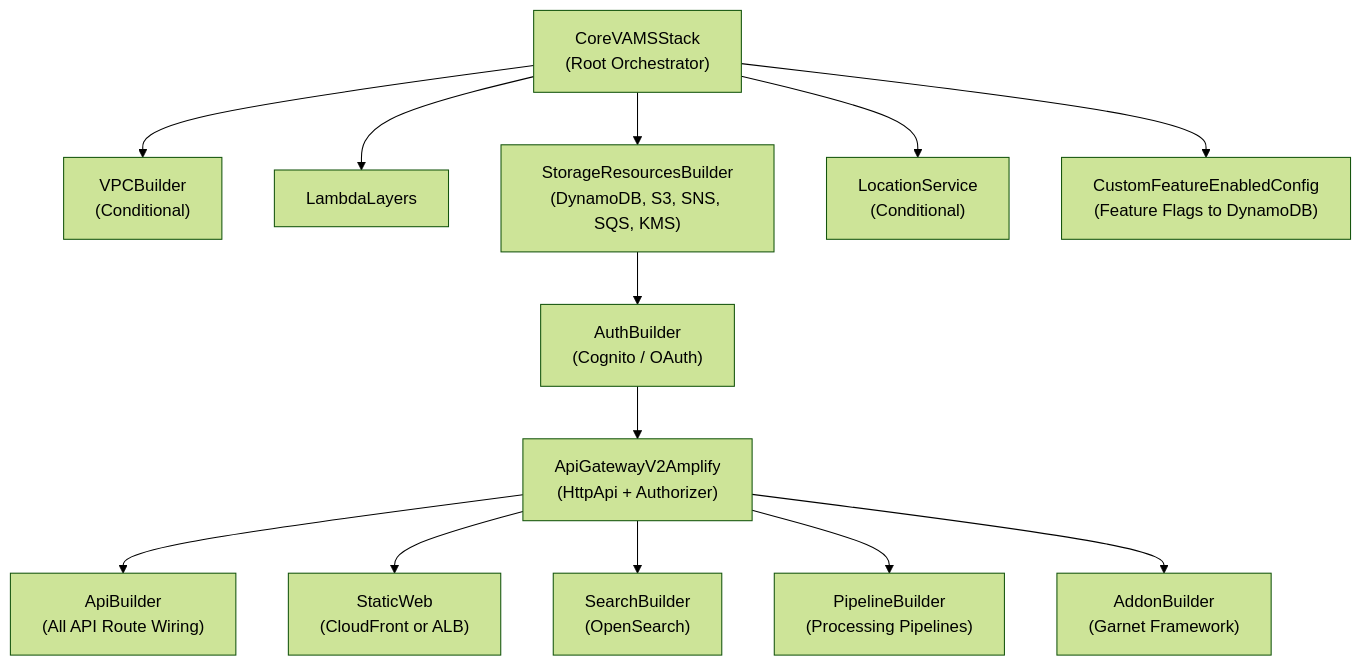
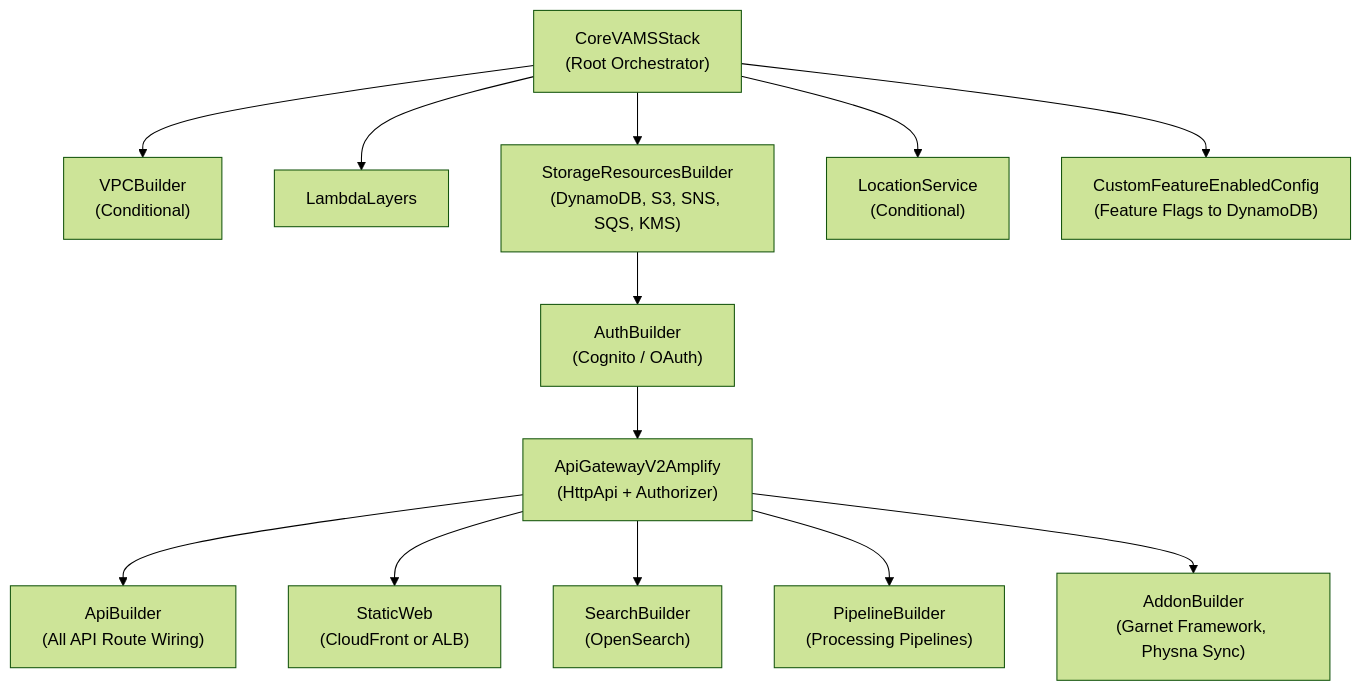
The third of 3 diagrams in documentation/docusaurus-site/docs/architecture/overview.md (awslabs/visual-asset-management-system), drawn with Mermaid (forest theme) before and after one commit. The commit also changed 55 other files, not shown here.

````diff
--- a/documentation/docusaurus-site/docs/architecture/overview.md
+++ b/documentation/docusaurus-site/docs/architecture/overview.md
@@ -129,29 +129,29 @@
 ```mermaid
 graph TD
     Core["CoreVAMSStack<br/>(Root Orchestrator)"]
     VPC["VPCBuilder<br/>(Conditional)"]
     Layers["LambdaLayers"]
     Storage["StorageResourcesBuilder<br/>(DynamoDB, S3, SNS, SQS, KMS)"]
     Auth["AuthBuilder<br/>(Cognito / OAuth)"]
     API["ApiGatewayV2Amplify<br/>(HttpApi + Authorizer)"]
     APIBuilder["ApiBuilder<br/>(All API Route Wiring)"]
     StaticWeb["StaticWeb<br/>(CloudFront or ALB)"]
     Search["SearchBuilder<br/>(OpenSearch)"]
     Pipelines["PipelineBuilder<br/>(Processing Pipelines)"]
-    Addons["AddonBuilder<br/>(Garnet Framework)"]
+    Addons["AddonBuilder<br/>(Garnet Framework, Physna Sync)"]
     Location["LocationService<br/>(Conditional)"]
     Features["CustomFeatureEnabledConfig<br/>(Feature Flags to DynamoDB)"]
 
     Core --> VPC
     Core --> Layers
     Core --> Storage
     Storage --> Auth
     Auth --> API
     API --> APIBuilder
     API --> StaticWeb
     API --> Search
     API --> Pipelines
     API --> Addons
     Core --> Location
     Core --> Features
 ```
````
